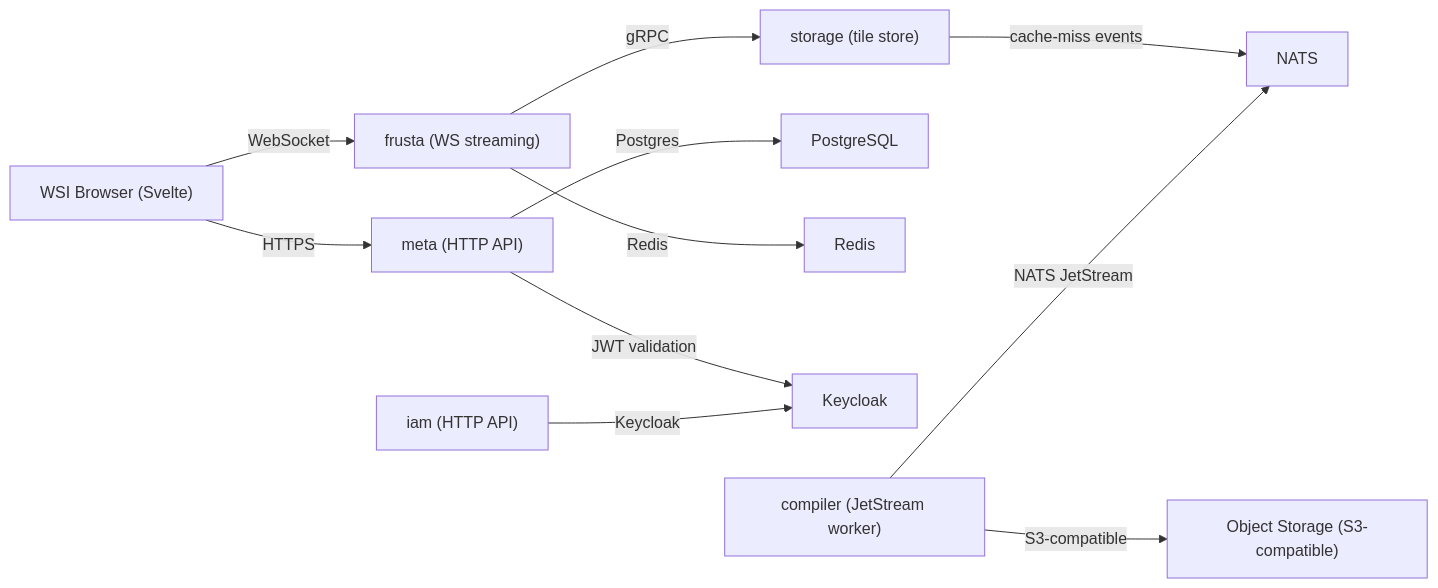
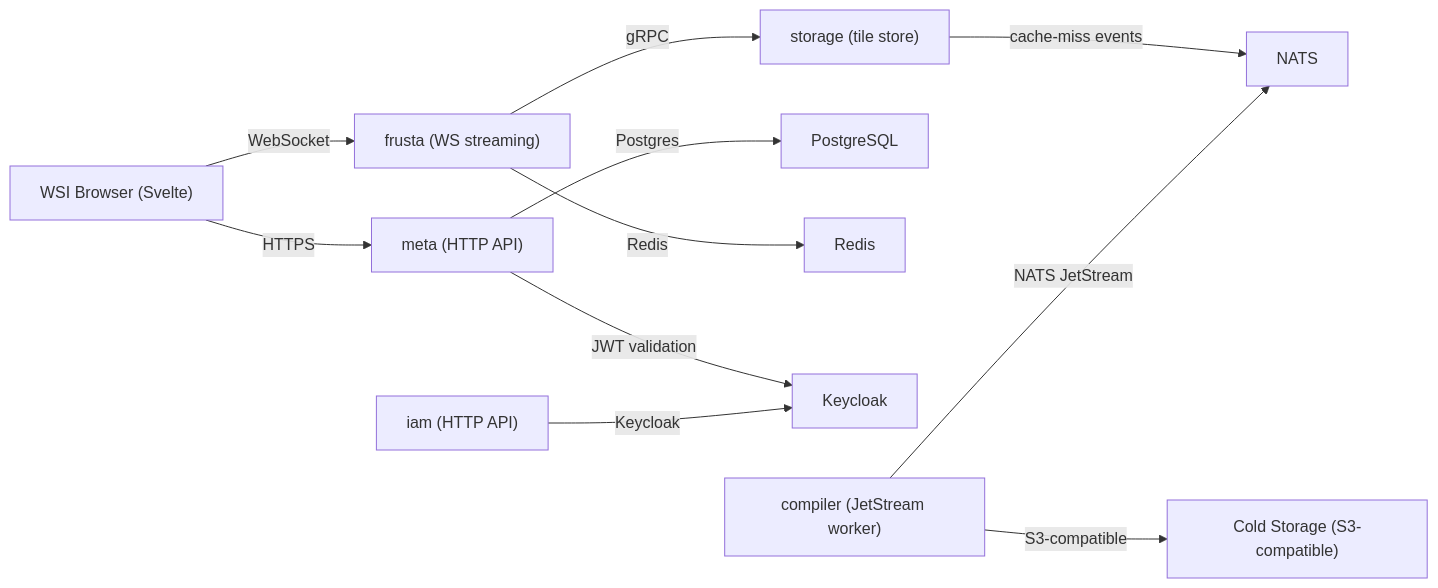
One commit to eosin-platform/eosin changed the diagram in README.md. Above: the diagram before and after it, drawn with Mermaid.

````diff
--- a/README.md
+++ b/README.md
@@ -30,13 +30,13 @@
 ```mermaid
 flowchart LR
   Browser["WSI Browser (Svelte)"] -->|HTTPS| Meta["meta (HTTP API)"]
   Browser -->|WebSocket| Frusta["frusta (WS streaming)"]
   Frusta -->|gRPC| Storage["storage (tile store)"]
   Meta -->|Postgres| PG["PostgreSQL"]
   Frusta -->|Redis| R["Redis"]
   IAM["iam (HTTP API)"] -->|Keycloak| KC["Keycloak"]
   Meta -->|JWT validation| KC
   Compiler["compiler (JetStream worker)"] -->|NATS JetStream| NATS["NATS"]
   Storage -->|cache-miss events| NATS
-  Compiler -->|S3-compatible| S3["Object Storage (S3-compatible)"]
+  Compiler -->|S3-compatible| S3["Cold Storage (S3-compatible)"]
 ```
````
